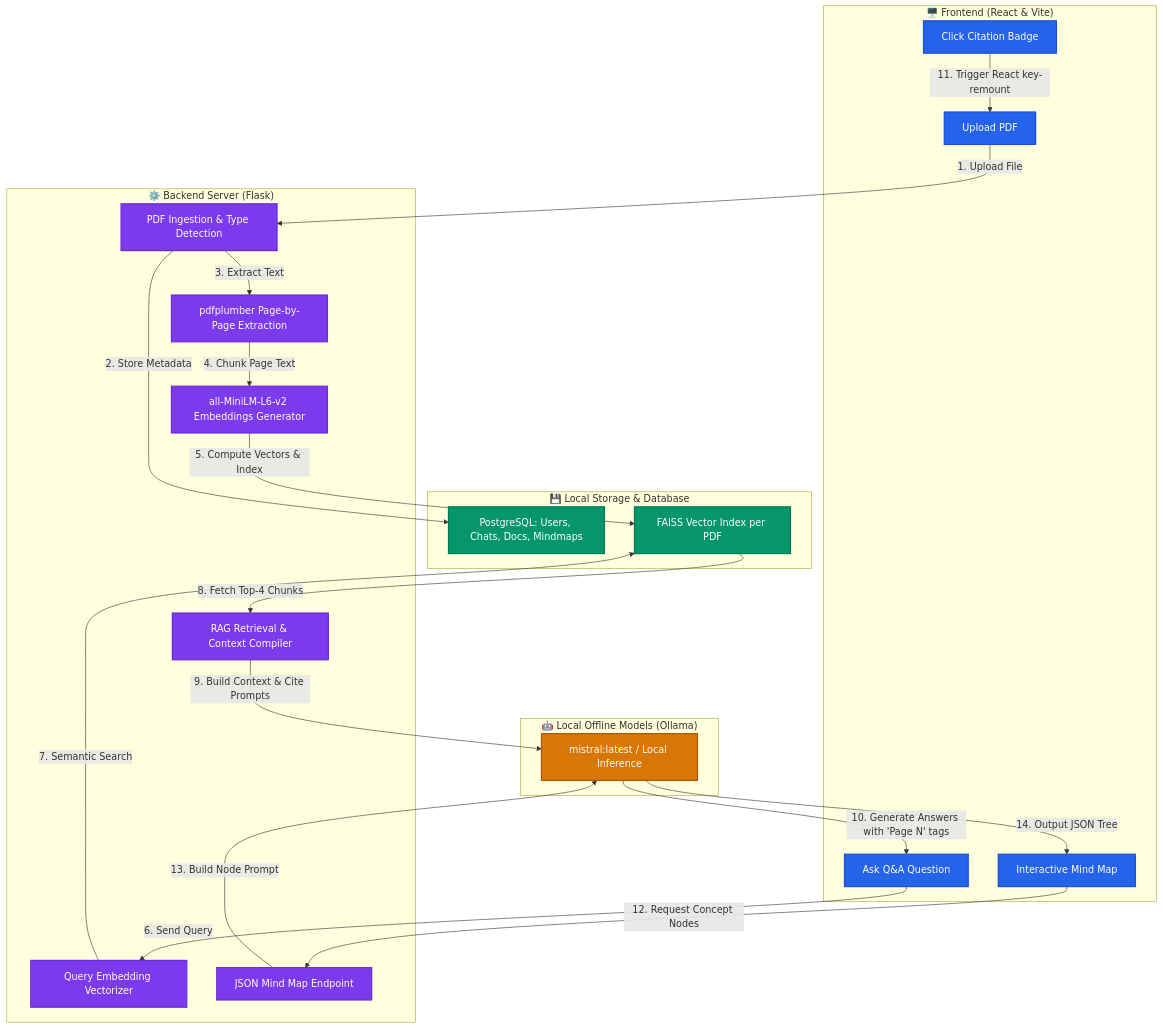
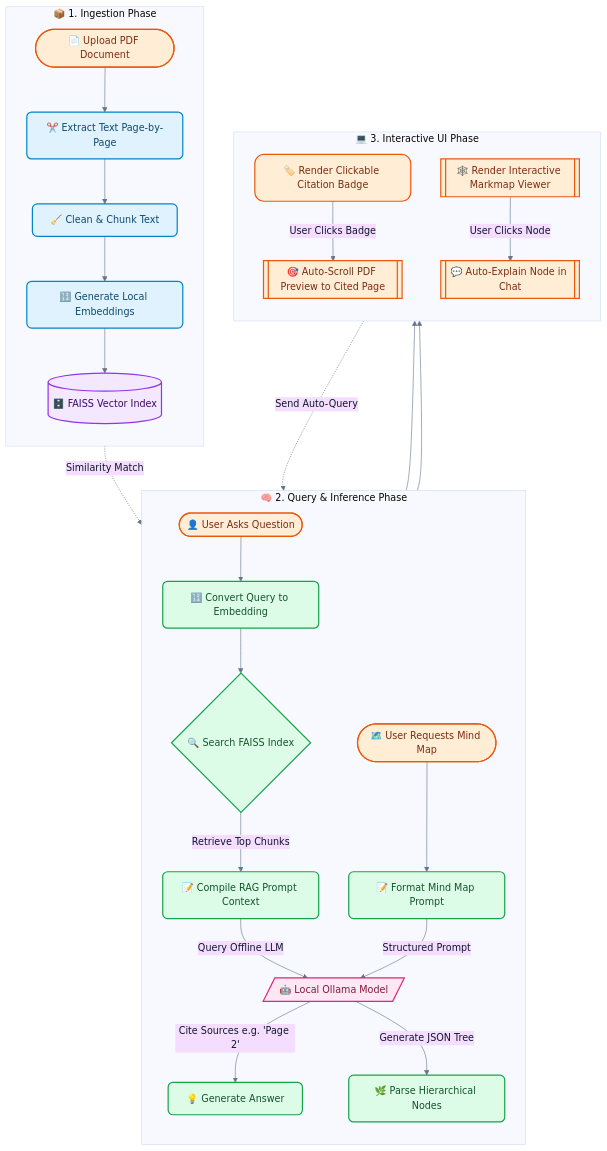
One commit to yashzoman21/INSIGHT-PDF changed the diagram in README.md. Above: the diagram before and after it, drawn with Mermaid.

Commit message:
INSIGHT-PDF

````diff
--- a/README.md
+++ b/README.md
@@ -34,59 +34,51 @@
 ```mermaid
+%%{init: {'theme': 'base', 'themeVariables': { 'lineColor': '#64748b', 'primaryTextColor': '#0f172a'}}}%%
 flowchart TD
-    %% Styling Definitions
-    classDef frontend fill:#2563eb,stroke:#1d4ed8,color:#ffffff,stroke-width:2px;
-    classDef backend fill:#7c3aed,stroke:#6d28d9,color:#ffffff,stroke-width:2px;
-    classDef storage fill:#059669,stroke:#047857,color:#ffffff,stroke-width:2px;
-    classDef localModel fill:#d97706,stroke:#b45309,color:#ffffff,stroke-width:2px;
+    %% Custom Styles
+    classDef ingestion fill:#e0f2fe,stroke:#0284c7,stroke-width:2px,color:#0c4a6e,rx:8px,ry:8px
+    classDef storage fill:#f3e8ff,stroke:#9333ea,stroke-width:2px,color:#3b0764
+    classDef inference fill:#dcfce7,stroke:#16a34a,stroke-width:2px,color:#14532d,rx:8px,ry:8px
+    classDef ui fill:#ffedd5,stroke:#ea580c,stroke-width:2px,color:#7c2d12,rx:15px,ry:15px
+    classDef model fill:#fce7f3,stroke:#db2777,stroke-width:2px,color:#831843
 
-    subgraph UserInterface["🖥️ Frontend (React & Vite)"]
-        UI_Doc[Upload PDF]
-        UI_Chat[Ask Q&A Question]
-        UI_Click[Click Citation Badge]
-        UI_Mindmap[Interactive Mind Map]
+    %% 1. Ingestion Phase
+    subgraph Phase1 ["📦 1. Ingestion Phase"]
+        direction TB
+        A([📄 Upload PDF Document]):::ui --> B[✂️ Extract Text Page-by-Page]:::ingestion
+        B --> C[🧹 Clean & Chunk Text]:::ingestion
+        C --> D[🔢 Generate Local Embeddings]:::ingestion
+        D --> E[(🗄️ FAISS Vector Index)]:::storage
     end
 
-    subgraph ServerAPI["⚙️ Backend Server (Flask)"]
-        API_Upload[PDF Ingestion & Type Detection]
-        API_Process[pdfplumber Page-by-Page Extraction]
-        API_Embedding[all-MiniLM-L6-v2 Embeddings Generator]
-        API_Query[Query Embedding Vectorizer]
-        API_RAG[RAG Retrieval & Context Compiler]
-        API_Mindmap[JSON Mind Map Endpoint]
+    %% 2. Query & Inference Phase
+    subgraph Phase2 ["🧠 2. Query & Inference Phase"]
+        direction TB
+        F([👤 User Asks Question]):::ui --> G[🔢 Convert Query to Embedding]:::inference
+        G --> H{🔍 Search FAISS Index}:::inference
+        H -->|Retrieve Top Chunks| I[📝 Compile RAG Prompt Context]:::inference
+        I -->|Query Offline LLM| J[/🤖 Local Ollama Model/]:::model
+        J -->|Cite Sources e.g. 'Page 2'| K[💡 Generate Answer]:::inference
+        
+        %% Mind Map Inference Path
+        N([🗺️ User Requests Mind Map]):::ui --> O[📝 Format Mind Map Prompt]:::inference
+        O -->|Structured Prompt| J
+        J -->|Generate JSON Tree| P[🌿 Parse Hierarchical Nodes]:::inference
+    end
+    
+    %% Connect Storage to Search with a dotted line indicating data flow
+    E -.->|Similarity Match| H
+
+    %% 3. Interactive UI Phase
+    subgraph Phase3 ["💻 3. Interactive UI Phase"]
+        direction TB
+        K --> L[🏷️ Render Clickable Citation Badge]:::ui
+        L -->|User Clicks Badge| M[[🎯 Auto-Scroll PDF Preview to Cited Page]]:::ui
+        
+        %% Mind Map UI Path
+        P --> Q[[🕸️ Render Interactive Markmap Viewer]]:::ui
+        Q -->|User Clicks Node| R[[💬 Auto-Explain Node in Chat]]:::ui
     end
 
-    subgraph StorageData["💾 Local Storage & Database"]
-        DB_Meta[PostgreSQL: Users, Chats, Docs, Mindmaps]
-        FAISS_Store[FAISS Vector Index per PDF]
-    end
-
-    subgraph LocalAI["🤖 Local Offline Models (Ollama)"]
-        Ollama_LLM[mistral:latest / Local Inference]
-    end
-
-    %% Ingestion Flow
-    UI_Doc -->|1. Upload File| API_Upload
-    API_Upload -->|2. Store Metadata| DB_Meta
-    API_Upload -->|3. Extract Text| API_Process
-    API_Process -->|4. Chunk Page Text| API_Embedding
-    API_Embedding -->|5. Compute Vectors & Index| FAISS_Store
-
-    %% Chat Q&A Flow
-    UI_Chat -->|6. Send Query| API_Query
-    API_Query -->|7. Semantic Search| FAISS_Store
-    FAISS_Store -->|8. Fetch Top-4 Chunks| API_RAG
-    API_RAG -->|9. Build Context & Cite Prompts| Ollama_LLM
-    Ollama_LLM -->|10. Generate Answers with 'Page N' tags| UI_Chat
-    
-    %% Citation Jump & Mind Map Flow
-    UI_Click -->|11. Trigger React key-remount| UI_Doc
-    UI_Mindmap -->|12. Request Concept Nodes| API_Mindmap
-    API_Mindmap -->|13. Build Node Prompt| Ollama_LLM
-    Ollama_LLM -->|14. Output JSON Tree| UI_Mindmap
-
-    %% Apply Classes
-    class UI_Doc,UI_Chat,UI_Click,UI_Mindmap frontend;
-    class API_Upload,API_Process,API_Embedding,API_Query,API_RAG,API_Mindmap backend;
-    class DB_Meta,FAISS_Store storage;
-    class Ollama_LLM localModel;
+    %% Click Mindmap Node connects back to Ask Question
+    R -.->|Send Auto-Query| F
 ```
````
